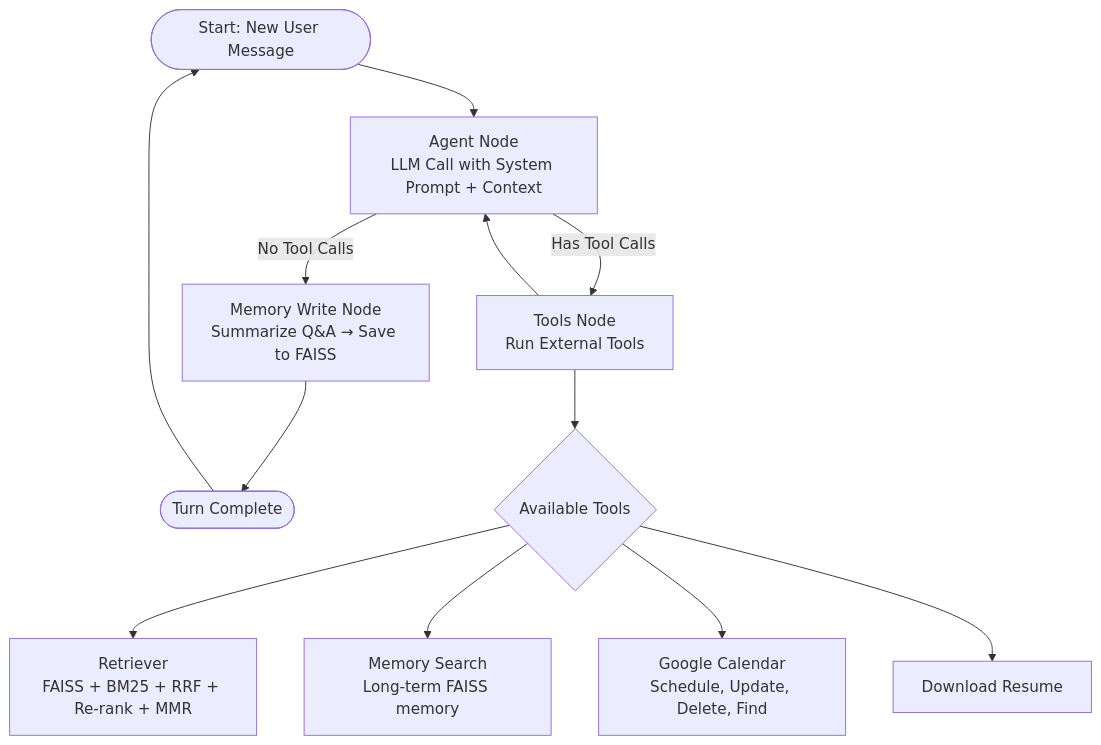
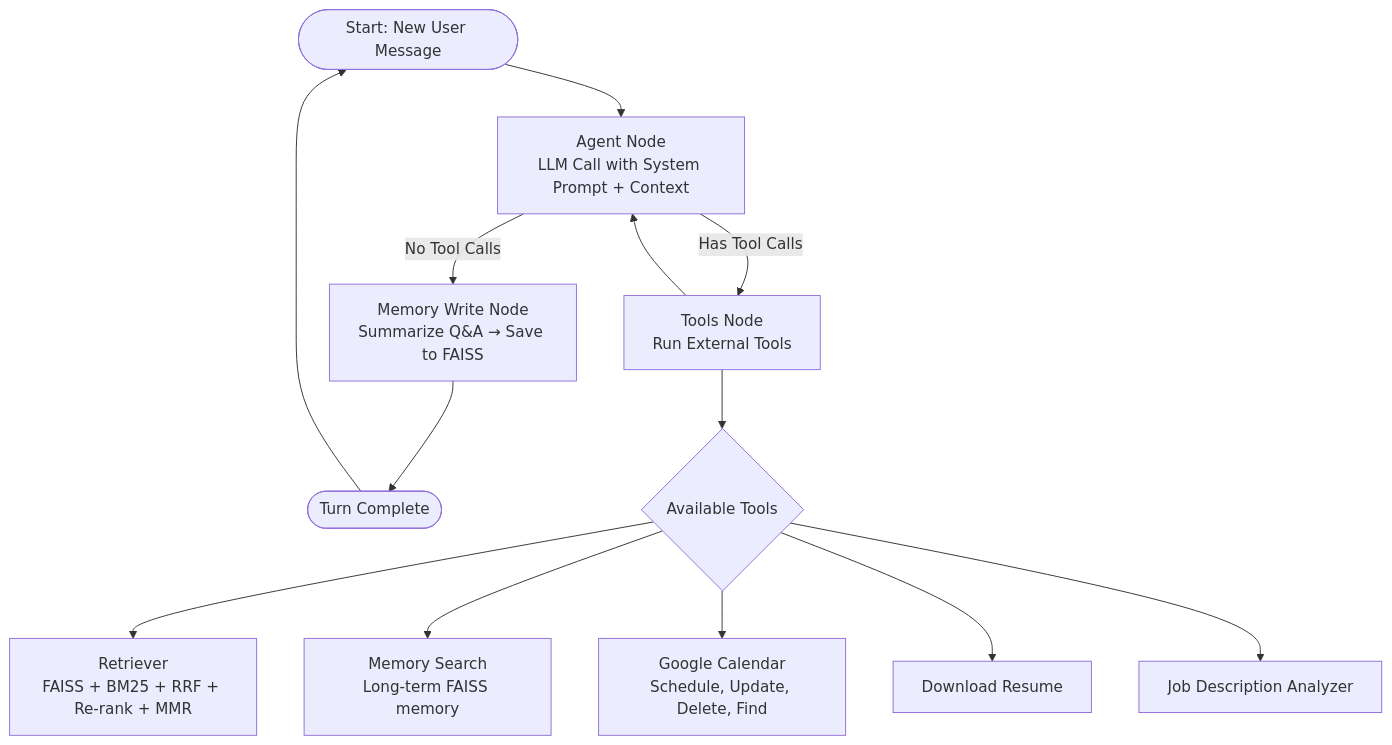
Before and after one commit to krishna-dhulipalla/LangGraph_ChatBot: the diagram in README.md, drawn with Mermaid.

````diff
--- a/README.md
+++ b/README.md
@@ -37,25 +37,26 @@
 ```mermaid
 flowchart TD
     START([Start: New User Message]) --> A[Agent Node<br/>LLM Call with System Prompt + Context]
 
     %% Conditional edges
     A -->|Has Tool Calls| B[Tools Node<br/>Run External Tools]
     A -->|No Tool Calls| C[Memory Write Node<br/>Summarize Q&A → Save to FAISS]
 
     %% Loop back when tools are used
     B --> A
 
     %% End path
     C --> END([Turn Complete])
 
     %% Restart on next user input
     END --> START
 
     %% Expand what "Tools" includes
     B --> D{Available Tools}
     D --> D1[Retriever<br/>FAISS + BM25 + RRF + Re-rank + MMR]
     D --> D2[Memory Search<br/>Long-term FAISS memory]
     D --> D3[Google Calendar<br/>Schedule, Update, Delete, Find]
     D --> D4[Download Resume]
+    D --> D5[Job Description Analyzer]
 
 ```
````
